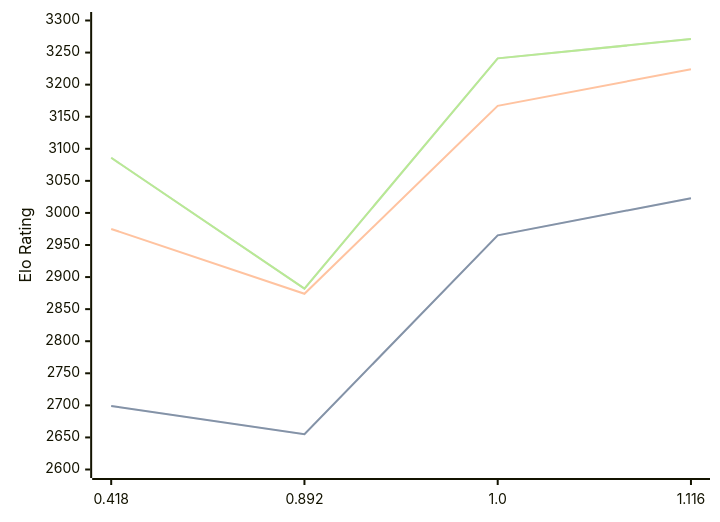
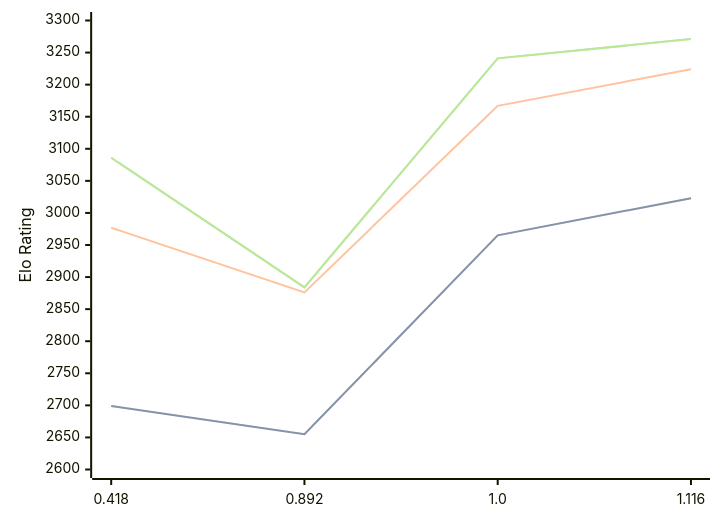
Before and after one commit to computer-chess-index/cci: the first of 3 diagrams in engines/Malika.md, drawn with Mermaid. The commit also changed other lines of this file, not shown here.

Commit message:
Update CCI Ratings (ELO VLTC) - 2026-06-15

````diff
--- a/engines/Malika.md
+++ b/engines/Malika.md
@@ -34,11 +34,11 @@
 ```mermaid
 %%{init: {"theme":"base","themeVariables":{"seriesColors:['#a3a3a3','#222221','#faa371']}}}%%
 xychart-beta
   x-axis ["0.418", "0.892", "1.0", "1.116"]
   y-axis "Elo Rating" 2600 --> 3300
   line "STC (8.0+0.08s)" [2699, 2655, 2965, 3023]
   line "STC (8.0+0.08s)" [2699, 2655, 2965, 3023]
-  line "LTC (60.0+0.60s)" [2975, 2874, 3167, 3224]
-  line "VLTC (2m24s+1.12s)" [3086, 2882, 3241, 3271]
-  line "VLTC (2m24s+1.12s)" [3086, 2882, 3241, 3271]
+  line "LTC (60.0+0.60s)" [2977, 2876, 3167, 3224]
+  line "VLTC (2m24s+1.12s)" [3086, 2884, 3241, 3271]
+  line "VLTC (2m24s+1.12s)" [3086, 2884, 3241, 3271]
 ```
````
